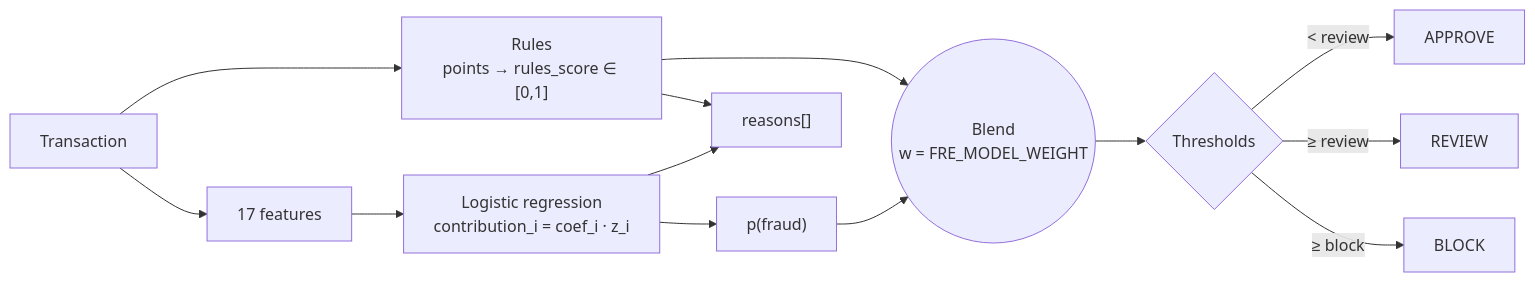
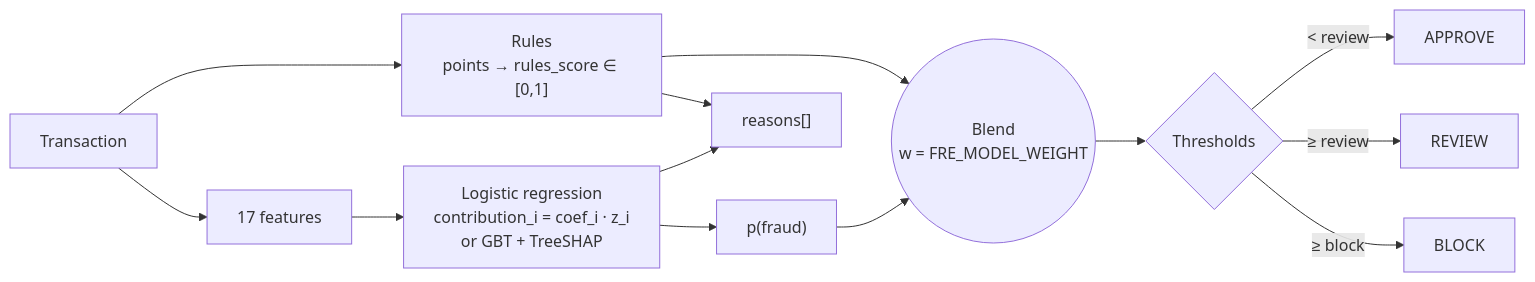
Before and after one commit to Csaf111/realtime-fraud-risk-engine: the fourth of 5 diagrams in docs/architecture.md, drawn with Mermaid. The commit also changed other lines of this file and 9 other files, not shown here.

First line of the commit message:
feat(model): gradient-boosted trees option with exact TreeSHAP explanations

````diff
--- a/docs/architecture.md
+++ b/docs/architecture.md
@@ -71,15 +74,15 @@
 ```mermaid
 flowchart LR
     txn["Transaction"] --> F["17 features"]
     txn --> RB["Rules<br/>points → rules_score ∈ [0,1]"]
-    F --> LR["Logistic regression<br/>contribution_i = coef_i · z_i"]
+    F --> LR["Logistic regression<br/>contribution_i = coef_i · z_i<br/>or GBT + TreeSHAP"]
     LR --> P["p(fraud)"]
     RB --> B(("Blend<br/>w = FRE_MODEL_WEIGHT"))
     P --> B
     B --> D{"Thresholds"}
     D -- "< review" --> AP["APPROVE"]
     D -- "≥ review" --> RV["REVIEW"]
     D -- "≥ block" --> BL["BLOCK"]
     RB --> X["reasons[]"]
     LR --> X
 ```
````
